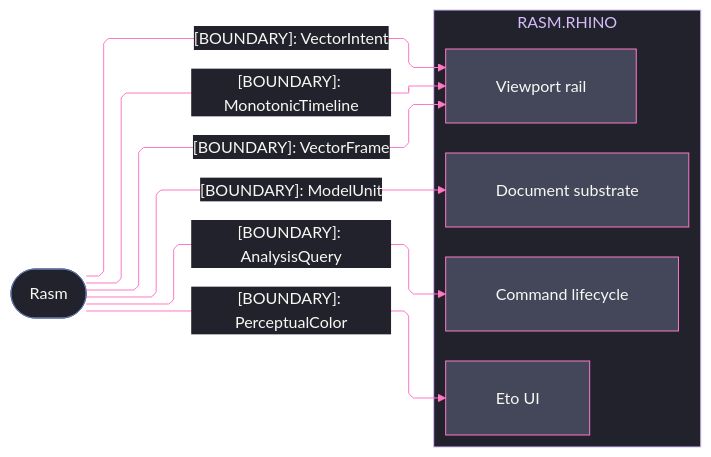
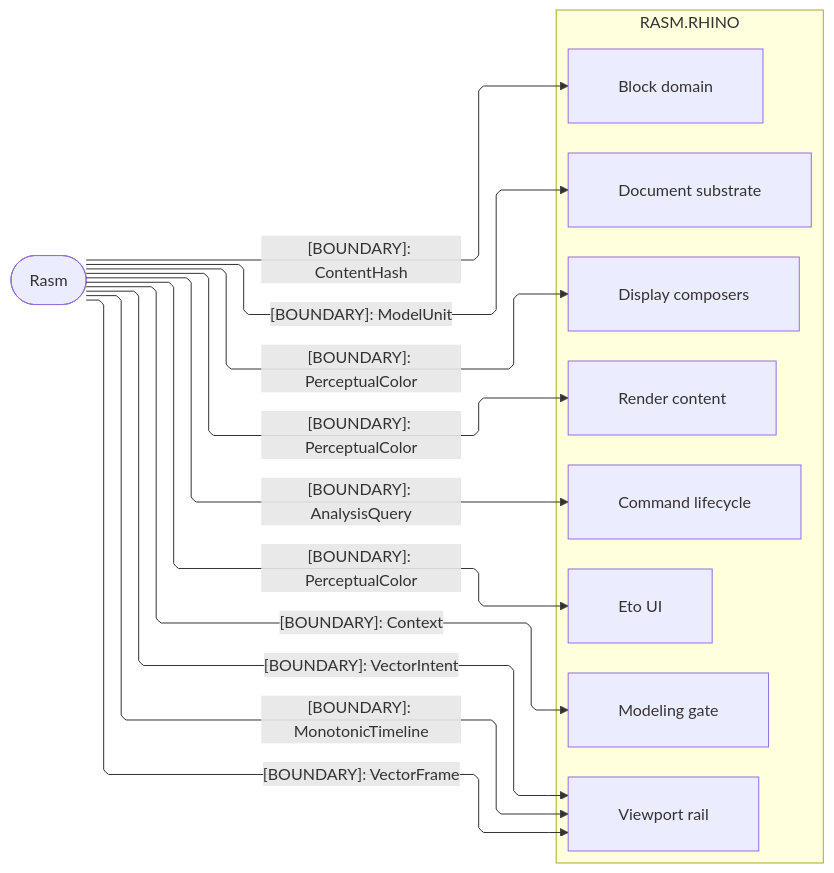
Before and after one commit to bsamiee/Rasm: the second of 3 diagrams in libs/csharp/Rasm.Rhino/ARCHITECTURE.md, drawn with Mermaid. The commit also changed other lines of this file and 460 other files, not shown here.

````diff
--- a/libs/csharp/Rasm.Rhino/ARCHITECTURE.md
+++ b/libs/csharp/Rasm.Rhino/ARCHITECTURE.md
@@ -182,50 +156,33 @@
 ```mermaid
 ---
 config:
-  theme: base
-  look: classic
   layout: elk
   flowchart:
     curve: linear
     padding: 25
-  themeVariables:
-    darkMode: true
-    fontFamily: "SF Mono, Menlo, Cascadia Mono, Segoe UI Mono, Consolas, monospace"
-    useGradient: false
-    dropShadow: "none"
-    background: "#282A36"
-    primaryColor: "#44475A"
-    primaryTextColor: "#F8F8F2"
-    primaryBorderColor: "#BD93F9"
-    lineColor: "#FF79C6"
-    textColor: "#F8F8F2"
-    clusterBkg: "#21222C"
-    clusterBorder: "#D6BCFA"
-    edgeLabelBackground: "#21222C"
-    labelBackgroundColor: "#21222C"
-    titleColor: "#D6BCFA"
-  themeCSS: ".nodeLabel{font-size:13px;font-weight:500}.edgeLabel{font-size:12px;font-weight:500}.cluster-label .nodeLabel{font-size:13.5px;font-weight:700;letter-spacing:.08em}.edge-thickness-normal{stroke-width:2px}.edge-thickness-thick{stroke-width:3px}.edge-pattern-dashed,.edge-pattern-dotted{stroke-width:1.5px;stroke-dasharray:4 6}.node rect,.node circle,.node polygon,.node path,.node .outer-path{stroke-width:1.5px;filter:none!important}.cluster rect{stroke-width:1px!important;stroke-dasharray:5 4!important;filter:none!important}.marker path{transform:scale(.8);transform-origin:5px 5px}.marker circle{transform:scale(.48);transform-origin:5px 5px}.edgeLabel rect{transform-box:fill-box;transform-origin:center;transform:scale(1.1,1.2)}"
 ---
 flowchart LR
     accTitle: Rasm.Rhino kernel-boundary seams
-    accDescr: Rasm.Rhino host sub-domain owners consuming frozen-name value contracts down from the Rasm kernel, edge rails colored by kind and nodes classed by seam direction.
+    accDescr: Rasm.Rhino host sub-domain owners consuming frozen-name value contracts down from the Rasm kernel, one boundary rail per consuming sub-domain.
     subgraph rhino[RASM.RHINO]
         Document[Document substrate]
         Commands[Command lifecycle]
+        Blocks[Block domain]
+        Modeling[Modeling gate]
         Viewport[Viewport rail]
+        Display[Display composers]
+        Render[Render content]
         Eto[Eto UI]
     end
     Rasm([Rasm])
     Rasm e1@-->|"[BOUNDARY]: ModelUnit"| Document
     Rasm e2@-->|"[BOUNDARY]: VectorFrame"| Viewport
     Rasm e3@-->|"[BOUNDARY]: AnalysisQuery"| Commands
     Rasm e4@-->|"[BOUNDARY]: PerceptualColor"| Eto
     Rasm e5@-->|"[BOUNDARY]: MonotonicTimeline"| Viewport
     Rasm e6@-->|"[BOUNDARY]: VectorIntent"| Viewport
-    classDef primary fill:#44475A,stroke:#FF79C6,color:#F8F8F2
-    classDef annotation fill:#21222C,stroke:#6272A4,color:#F8F8F2
-    classDef edgeControl stroke:#FF79C6,color:#F8F8F2
-    class Document,Commands,Viewport,Eto primary
-    class Rasm annotation
-    class e1,e2,e3,e4,e5,e6 edgeControl
+    Rasm e7@-->|"[BOUNDARY]: Context"| Modeling
+    Rasm e8@-->|"[BOUNDARY]: ContentHash"| Blocks
+    Rasm e9@-->|"[BOUNDARY]: PerceptualColor"| Display
+    Rasm e10@-->|"[BOUNDARY]: PerceptualColor"| Render
 ```
````
